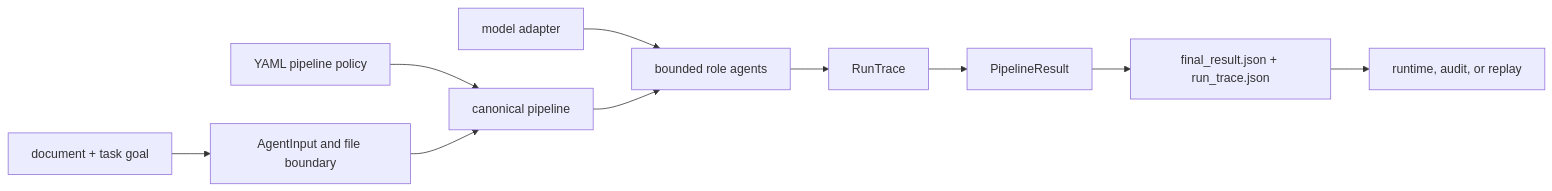
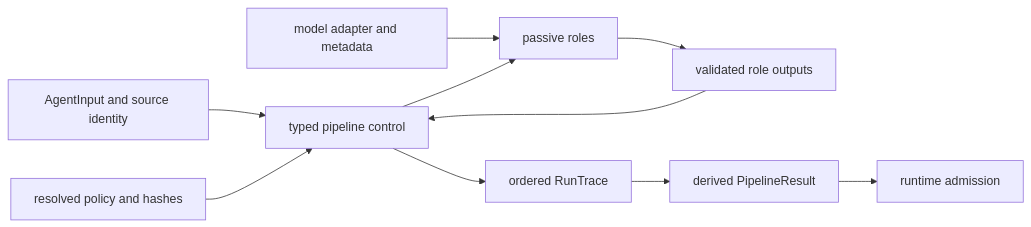
The first of 2 diagrams in docs/05-bijux-canon-agent/architecture/integration-seams.md (bijux/bijux-canon), drawn with Mermaid before and after one commit. The commit also changed other lines of this file and 1 other file, not shown here.

Commit message:
docs(agent): define orchestration custody contracts

````diff
--- a/docs/05-bijux-canon-agent/architecture/integration-seams.md
+++ b/docs/05-bijux-canon-agent/architecture/integration-seams.md
@@ -19,12 +19,12 @@
 ```mermaid
 flowchart LR
-    input["document + task goal"] --> contract["AgentInput and file boundary"]
-    config["YAML pipeline policy"] --> controller["canonical pipeline"]
-    contract --> controller
-    provider["model adapter"] --> roles["bounded role agents"]
+    input["AgentInput and source identity"] --> controller["typed pipeline control"]
+    config["resolved policy and hashes"] --> controller
+    provider["model adapter and metadata"] --> roles["passive roles"]
     controller --> roles
-    roles --> trace["RunTrace"]
-    trace --> result["PipelineResult"]
-    result --> files["final_result.json + run_trace.json"]
-    files --> downstream["runtime, audit, or replay"]
+    roles --> observations["validated role outputs"]
+    observations --> controller
+    controller --> trace["ordered RunTrace"]
+    trace --> result["derived PipelineResult"]
+    result --> runtime["runtime admission"]
 ```
````
